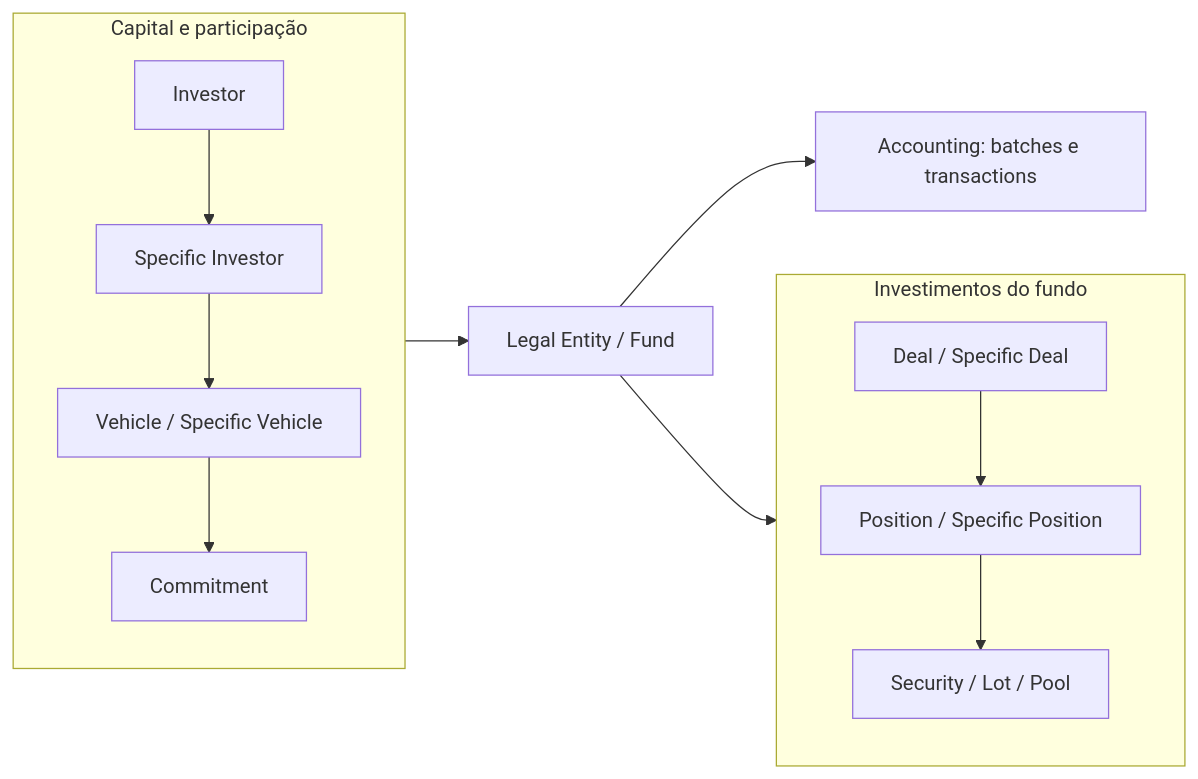
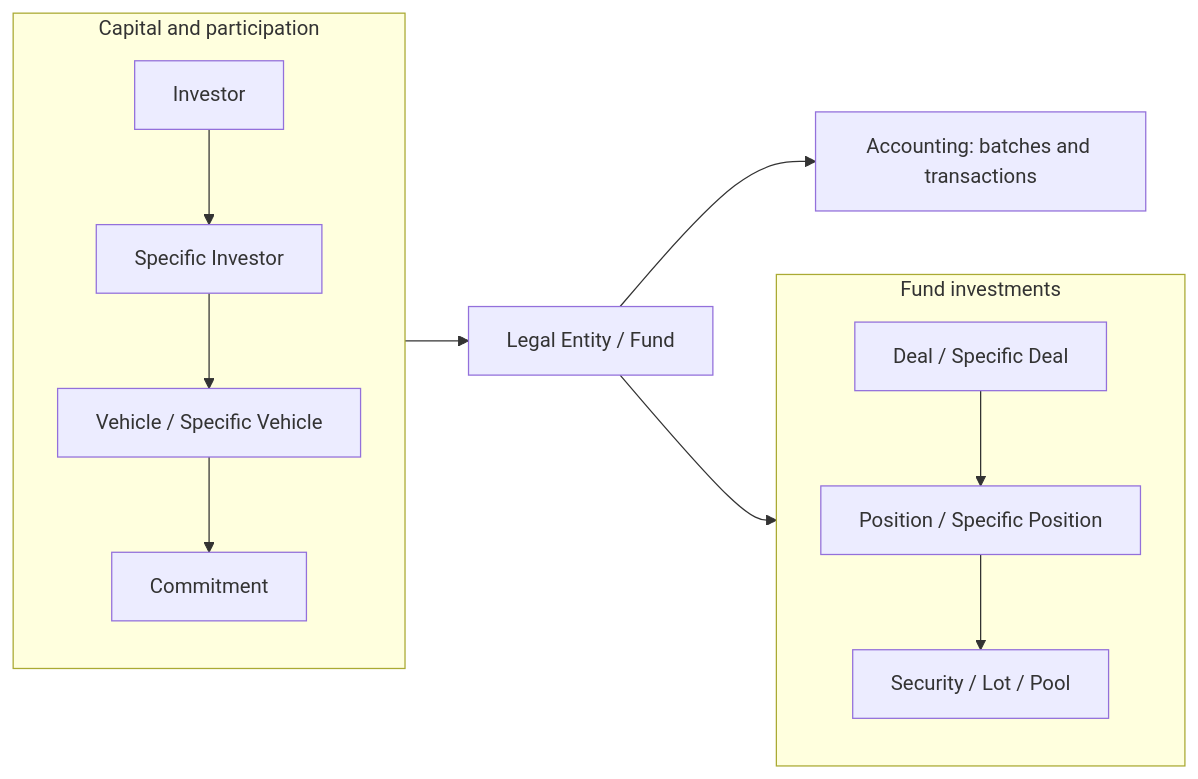
The first of 2 diagrams in docs/dominio/02-fundos-investidores-investimentos.md (msekimoto/investran), drawn with Mermaid before and after one commit. The commit also changed other lines of this file and 52 other files, not shown here.

````diff
--- a/docs/dominio/02-fundos-investidores-investimentos.md
+++ b/docs/dominio/02-fundos-investidores-investimentos.md
@@ -7,22 +7,19 @@
 ```mermaid
 flowchart LR
-    subgraph CAP[Capital e participação]
+    subgraph CAP[Capital and participation]
         I[Investor]
         SI[Specific Investor]
         V[Vehicle / Specific Vehicle]
         C[Commitment]
         I --> SI --> V --> C
     end
-
     LE[Legal Entity / Fund]
-
-    subgraph INV[Investimentos do fundo]
+    subgraph INV[Fund investments]
         D[Deal / Specific Deal]
         P[Position / Specific Position]
         S[Security / Lot / Pool]
         D --> P --> S
     end
-
     CAP --> LE --> INV
-    LE --> B[Accounting: batches e transactions]
+    LE --> B[Accounting: batches and transactions]
 ```
````
